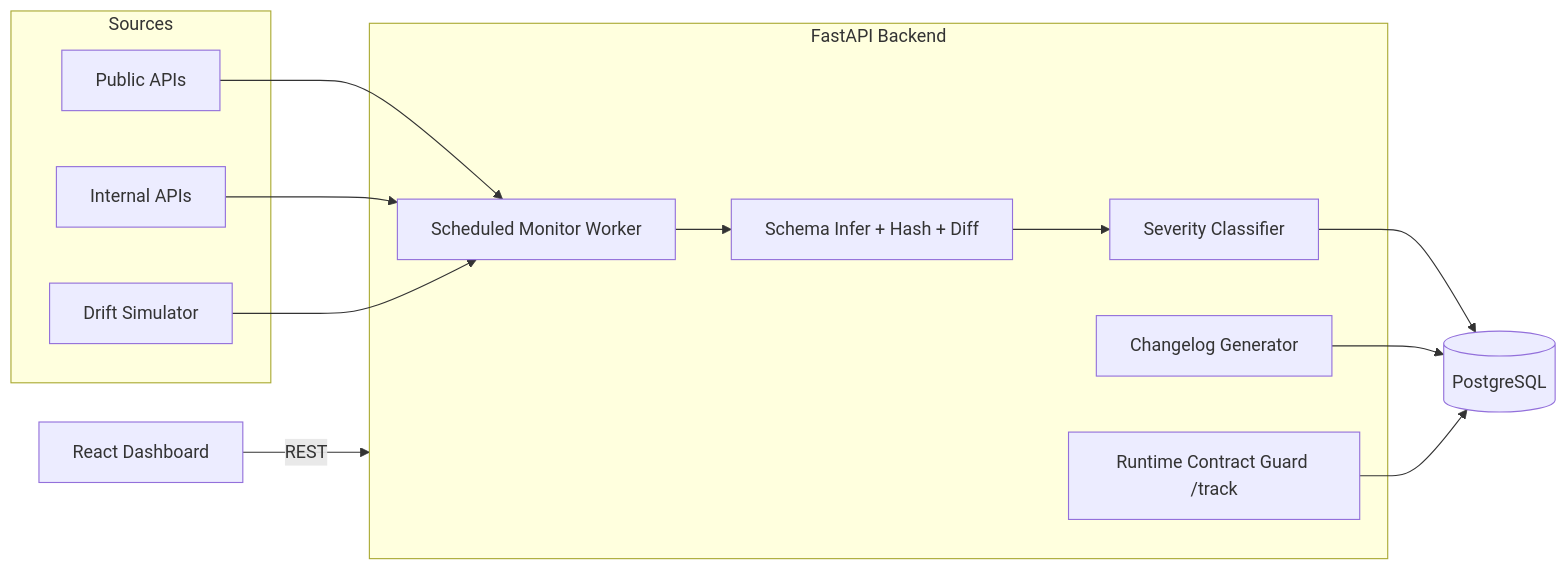
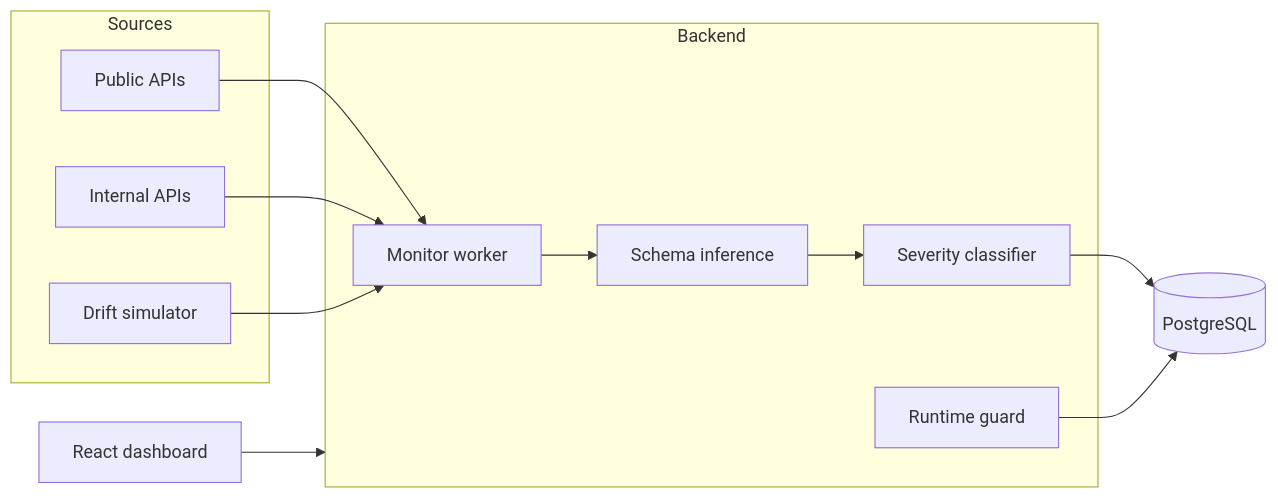
One commit to sushildalavi/SchemaPilot changed the diagram in README.md. Above: the diagram before and after it, drawn with Mermaid. The commit also changed other lines of this file and 42 other files, not shown here.

Commit message:
Refactor contract monitoring and review flow

````diff
--- a/README.md
+++ b/README.md
@@ -37,29 +20,25 @@
 ```mermaid
 flowchart LR
   subgraph Sources
-    E1[Public APIs]
-    E2[Internal APIs]
-    E3[Drift Simulator]
+    A[Public APIs]
+    B[Internal APIs]
+    C[Drift simulator]
   end
 
-  subgraph Backend[FastAPI Backend]
-    M1[Scheduled Monitor Worker]
-    M2[Schema Infer + Hash + Diff]
-    M3[Severity Classifier]
-    M4[Changelog Generator]
-    M5[Runtime Contract Guard /track]
+  subgraph Backend
+    M1[Monitor worker]
+    M2[Schema inference]
+    M3[Severity classifier]
+    M4[Runtime guard]
   end
 
   DB[(PostgreSQL)]
-  FE[React Dashboard]
+  FE[React dashboard]
 
-  E1 --> M1
-  E2 --> M1
-  E3 --> M1
-
+  A --> M1
+  B --> M1
+  C --> M1
   M1 --> M2 --> M3 --> DB
   M4 --> DB
-  M5 --> DB
-
-  FE -->|REST| Backend
+  FE --> Backend
 ```
````
